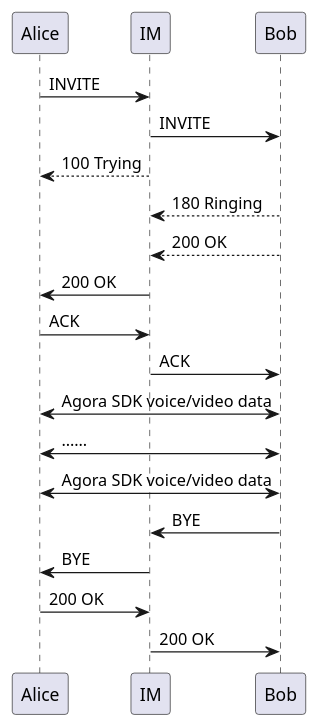
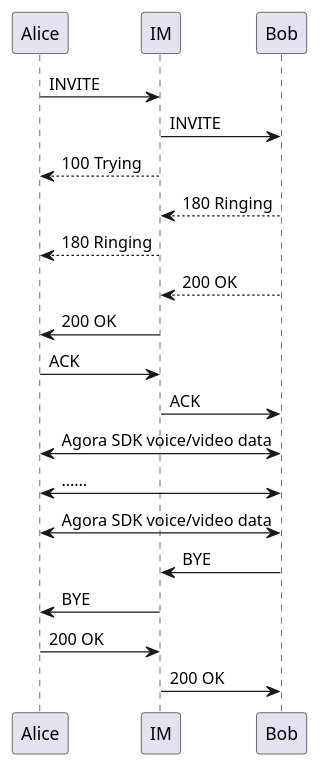
One commit to xmcy0011/CoffeeChat changed the fourth of 4 diagrams in server/src/api/voice_call.puml. Above: the diagram before and after it, drawn with PlantUML. The commit also changed other lines of this file and 27 other files, not shown here.

```diff
--- a/server/src/api/voice_call.puml
+++ b/server/src/api/voice_call.puml
@@ -86,19 +92,20 @@
 @startuml
 Alice -> IM: INVITE
 IM -> Bob: INVITE
 IM --> Alice: 100 Trying
 Bob --> IM: 180 Ringing
+IM --> Alice: 180 Ringing
 Bob --> IM: 200 OK
 IM -> Alice: 200 OK
 Alice -> IM: ACK
 IM -> Bob: ACK
 
 Alice <-> Bob: Agora SDK voice/video data
 Alice <-> Bob: ……
 Alice <-> Bob: Agora SDK voice/video data
 
 Bob -> IM: BYE
 IM -> Alice: BYE
 Alice -> IM: 200 OK
 IM -> Bob: 200 OK
 @enduml
```
